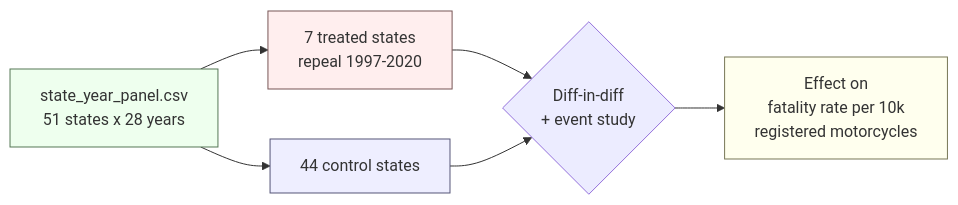
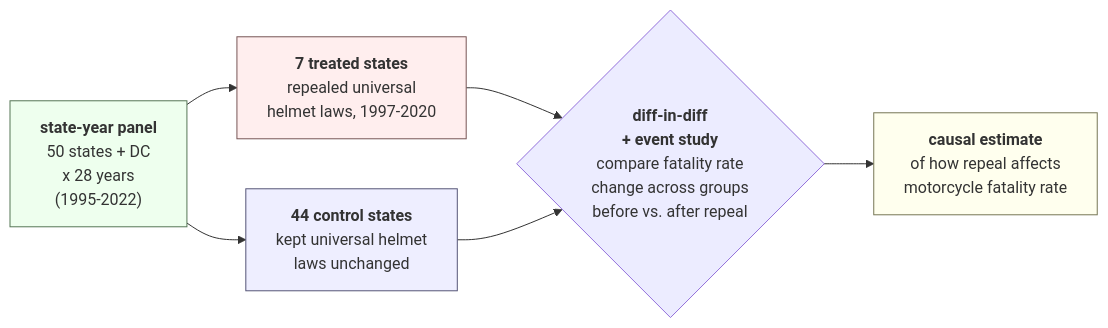
Before and after one commit to Vihaan8/causal_inference_motorcycle_laws: the second of 2 diagrams in README.md, drawn with Mermaid. The commit also changed other lines of this file, not shown here.

Commit message:
Data dictionary added, mermaid diagrams improved

````diff
--- a/README.md
+++ b/README.md
@@ -22,12 +24,12 @@
 ```mermaid
 flowchart LR
-    panel[state_year_panel.csv<br/>51 states x 28 years]:::p --> treat[7 treated states<br/>repeal 1997-2020]:::t
-    panel --> ctrl[44 control states]:::c
-    treat --> did{Diff-in-diff<br/>+ event study}
+    panel["<b>state-year panel</b><br/>50 states + DC<br/>x 28 years<br/>(1995-2022)"]:::p --> treat["<b>7 treated states</b><br/>repealed universal<br/>helmet laws, 1997-2020"]:::t
+    panel --> ctrl["<b>44 control states</b><br/>kept universal helmet<br/>laws unchanged"]:::c
+    treat --> did{"<b>diff-in-diff<br/>+ event study</b><br/>compare fatality rate<br/>change across groups<br/>before vs. after repeal"}
     ctrl --> did
-    did --> effect[Effect on<br/>fatality rate per 10k<br/>registered motorcycles]:::e
+    did --> effect["<b>causal estimate</b><br/>of how repeal affects<br/>motorcycle fatality rate"]:::e
     classDef p fill:#efe,stroke:#575
     classDef t fill:#fee,stroke:#755
     classDef c fill:#eef,stroke:#557
     classDef e fill:#ffe,stroke:#775
 ```
````
